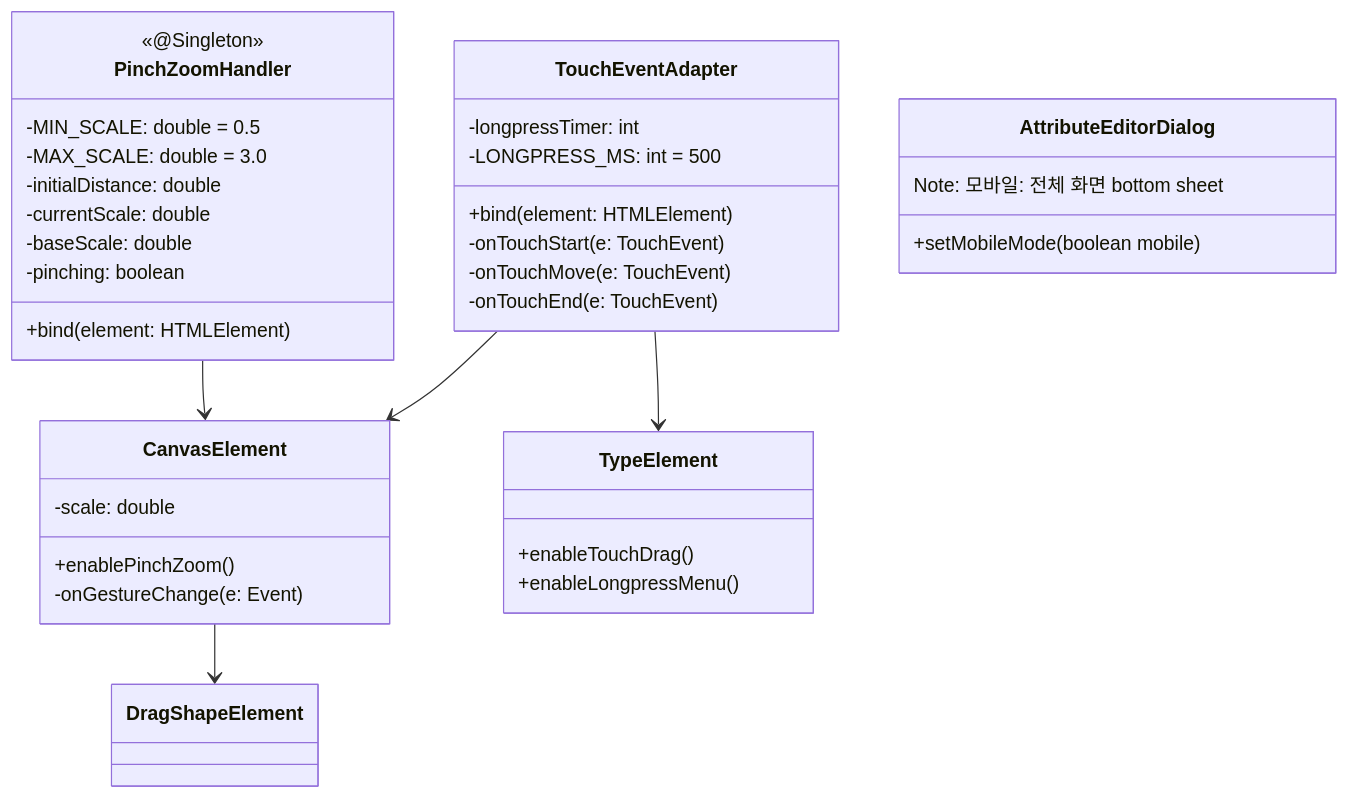
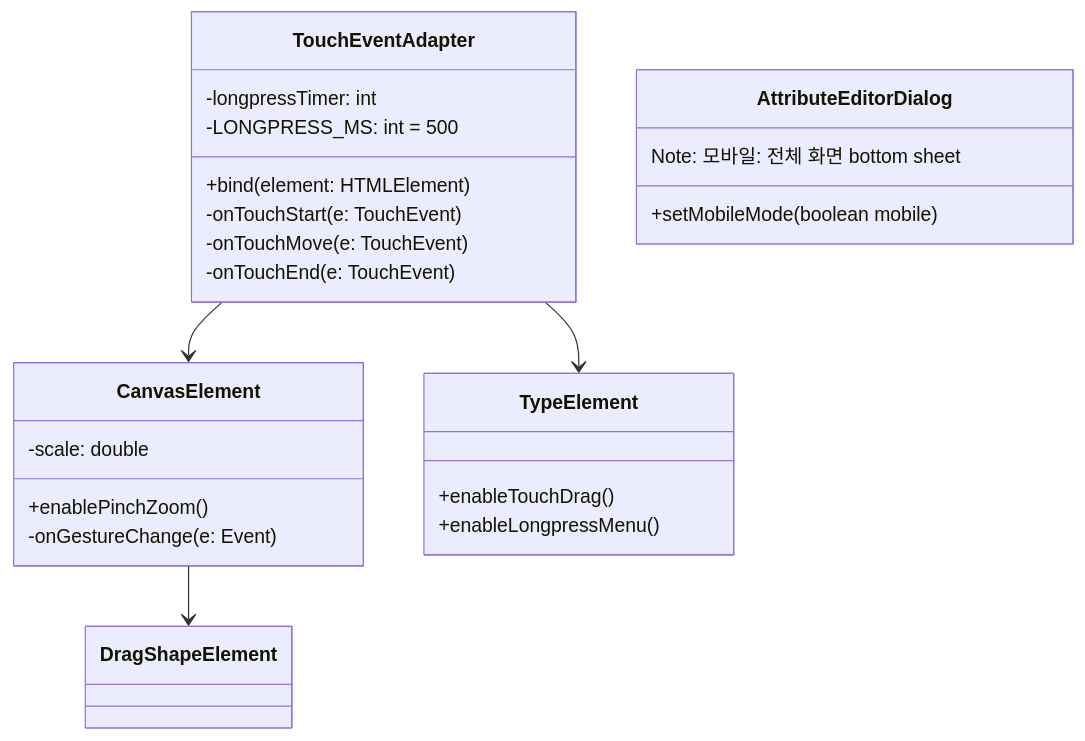
One commit to sayaya1090/handbook changed the tenth of 10 diagrams in type-ui/CLASS-DIAGRAM.md. Above: the diagram before and after it, drawn with Mermaid. The commit also changed other lines of this file and 645 other files, not shown here.

````diff
--- a/type-ui/CLASS-DIAGRAM.md
+++ b/type-ui/CLASS-DIAGRAM.md
@@ -674,43 +592,31 @@
 ```mermaid
 classDiagram
     class TouchEventAdapter {
         +bind(element: HTMLElement)
         -onTouchStart(e: TouchEvent)
         -onTouchMove(e: TouchEvent)
         -onTouchEnd(e: TouchEvent)
         -longpressTimer: int
         -LONGPRESS_MS: int = 500
-    }
-
-    class PinchZoomHandler {
-        <<@Singleton>>
-        -MIN_SCALE: double = 0.5
-        -MAX_SCALE: double = 3.0
-        -initialDistance: double
-        -currentScale: double
-        -baseScale: double
-        -pinching: boolean
-        +bind(element: HTMLElement)
     }
 
     class CanvasElement {
         +enablePinchZoom()
         -scale: double
         -onGestureChange(e: Event)
     }
 
     class TypeElement {
         +enableTouchDrag()
         +enableLongpressMenu()
     }
 
     class AttributeEditorDialog {
         +setMobileMode(boolean mobile)
         Note: 모바일: 전체 화면 bottom sheet
     }
 
     TouchEventAdapter --> CanvasElement
     TouchEventAdapter --> TypeElement
-    PinchZoomHandler --> CanvasElement
     CanvasElement --> DragShapeElement
 ```
````
